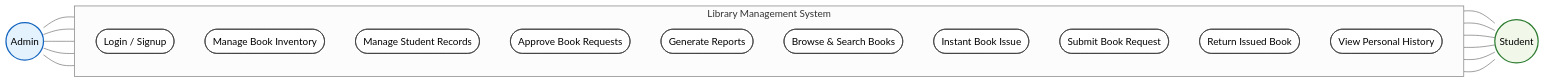
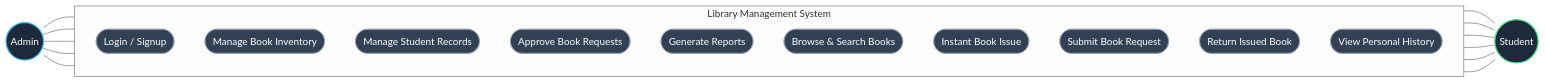
The diagram in README.md (Aniruddhasain7/Library-Management-System), drawn with Mermaid (neutral theme) before and after one commit.

````diff
--- a/README.md
+++ b/README.md
@@ -30,48 +30,48 @@
 ```mermaid
 graph LR
     Admin((Admin))
     Student((Student))
 
     subgraph "Library Management System"
         direction TB
         UC1([Login / Signup])
         UC2([Manage Book Inventory])
         UC3([Manage Student Records])
         UC4([Approve Book Requests])
         UC5([Generate Reports])
         UC6([Browse & Search Books])
         UC7([Instant Book Issue])
         UC8([Submit Book Request])
         UC9([Return Issued Book])
         UC10([View Personal History])
     end
 
     %% Admin Connections
     Admin --- UC1
     Admin --- UC2
     Admin --- UC3
     Admin --- UC4
     Admin --- UC5
 
     %% Student Connections
     UC1 --- Student
     UC6 --- Student
     UC7 --- Student
     UC8 --- Student
     UC9 --- Student
     UC10 --- Student
 
     %% Styling
-    style Admin fill:#e3f2fd,stroke:#1565c0,stroke-width:2px
-    style Student fill:#f1f8e9,stroke:#2e7d32,stroke-width:2px
-    style UC1 fill:#fff,stroke:#333
-    style UC2 fill:#fff,stroke:#333
-    style UC3 fill:#fff,stroke:#333
-    style UC4 fill:#fff,stroke:#333
-    style UC5 fill:#fff,stroke:#333
-    style UC6 fill:#fff,stroke:#333
-    style UC7 fill:#fff,stroke:#333
-    style UC8 fill:#fff,stroke:#333
-    style UC9 fill:#fff,stroke:#333
-    style UC10 fill:#fff,stroke:#333
+    style Admin fill:#1e293b,stroke:#38bdf8,stroke-width:2px,color:#fff
+    style Student fill:#1e293b,stroke:#4ade80,stroke-width:2px,color:#fff
+    style UC1 fill:#334155,stroke:#94a3b8,color:#fff
+    style UC2 fill:#334155,stroke:#94a3b8,color:#fff
+    style UC3 fill:#334155,stroke:#94a3b8,color:#fff
+    style UC4 fill:#334155,stroke:#94a3b8,color:#fff
+    style UC5 fill:#334155,stroke:#94a3b8,color:#fff
+    style UC6 fill:#334155,stroke:#94a3b8,color:#fff
+    style UC7 fill:#334155,stroke:#94a3b8,color:#fff
+    style UC8 fill:#334155,stroke:#94a3b8,color:#fff
+    style UC9 fill:#334155,stroke:#94a3b8,color:#fff
+    style UC10 fill:#334155,stroke:#94a3b8,color:#fff
 ```
````
